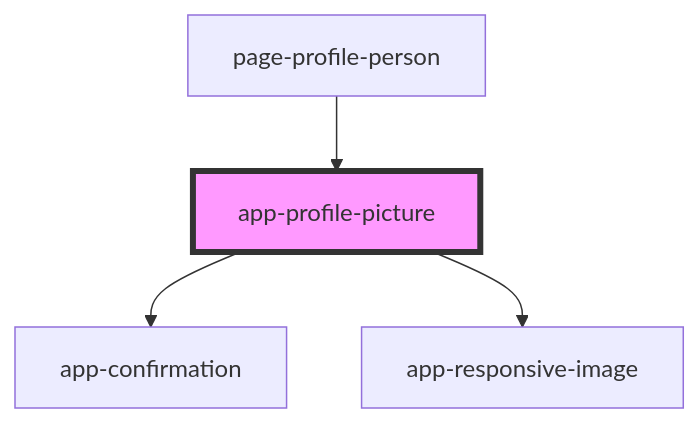
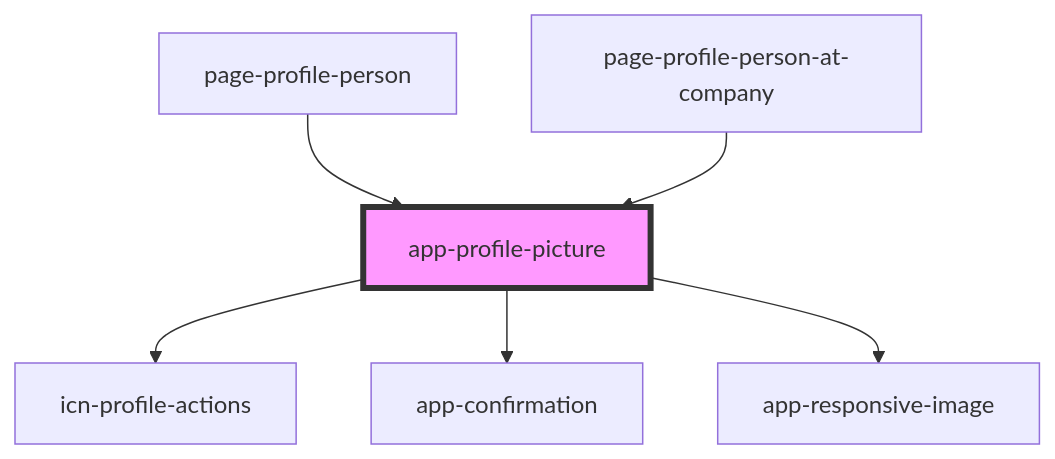
Before and after one commit to lokheed/IconEventNetwork.Web: the diagram in iconeventnetwork-web/src/components/app-profile-picture/readme.md, drawn with Mermaid. The commit also changed other lines of this file and 37 other files, not shown here.

Commit message:
refactor profile edit/delete actions

````diff
--- a/iconeventnetwork-web/src/components/app-profile-picture/readme.md
+++ b/iconeventnetwork-web/src/components/app-profile-picture/readme.md
@@ -27,7 +30,9 @@
 ```mermaid
 graph TD;
+  app-profile-picture --> icn-profile-actions
   app-profile-picture --> app-confirmation
   app-profile-picture --> app-responsive-image
   page-profile-person --> app-profile-picture
+  page-profile-person-at-company --> app-profile-picture
   style app-profile-picture fill:#f9f,stroke:#333,stroke-width:4px
 ```
````
